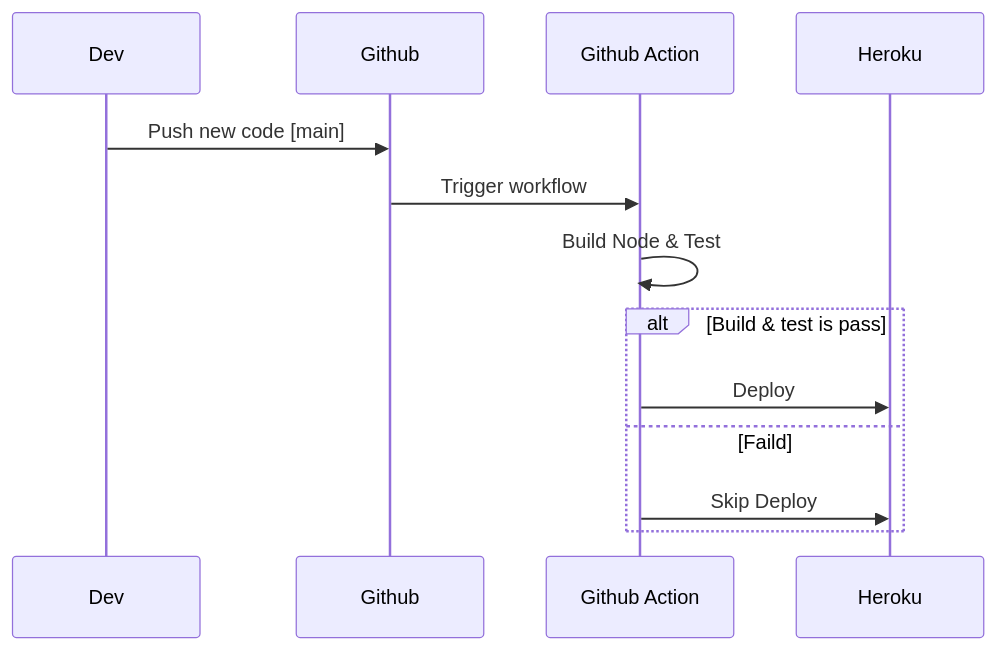
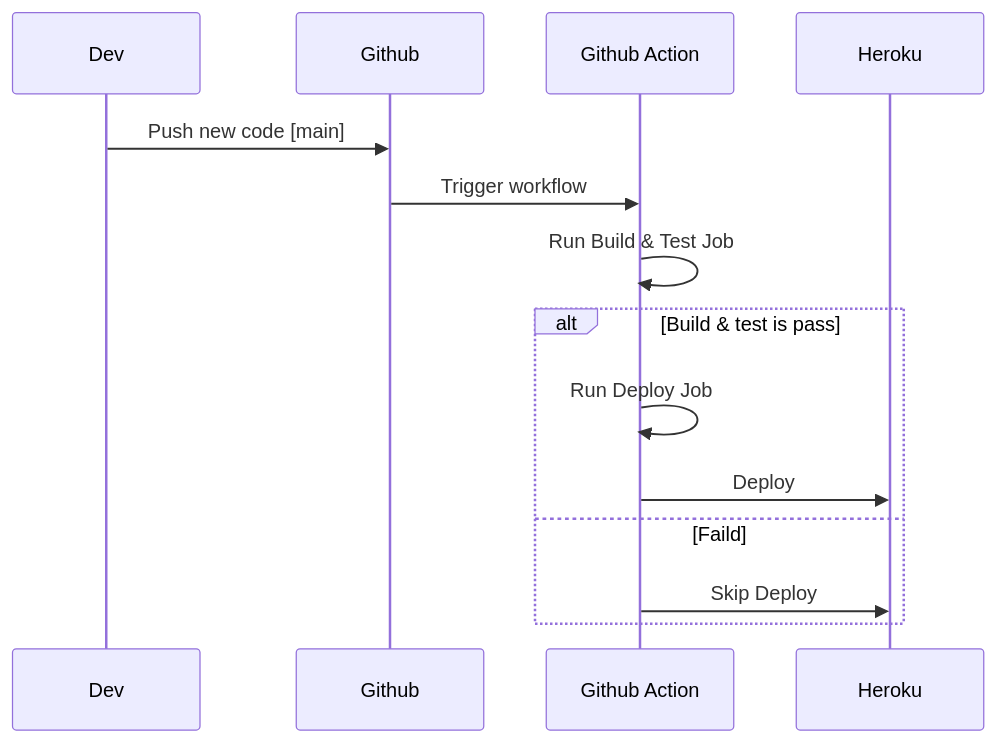
The first of 2 diagrams in README.md (Learning-hands-on-repository/github_action_101), drawn with Mermaid before and after one commit. The commit also changed other lines of this file, not shown here.

````diff
--- a/README.md
+++ b/README.md
@@ -5,11 +5,12 @@
 ```mermaid
 sequenceDiagram
     Dev->>Github: Push new code [main]
     Github->>Github Action: Trigger workflow
-    Github Action->>Github Action: Build Node & Test
+    Github Action->>Github Action: Run Build & Test Job
     alt Build & test is pass
+        Github Action->>Github Action: Run Deploy Job
         Github Action->>Heroku: Deploy
     else Faild
         Github Action->>Heroku: Skip Deploy
     end
 ```
````
